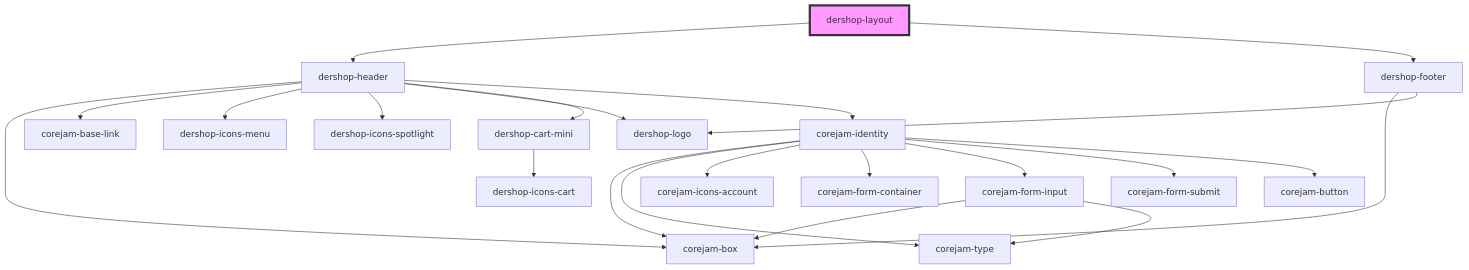
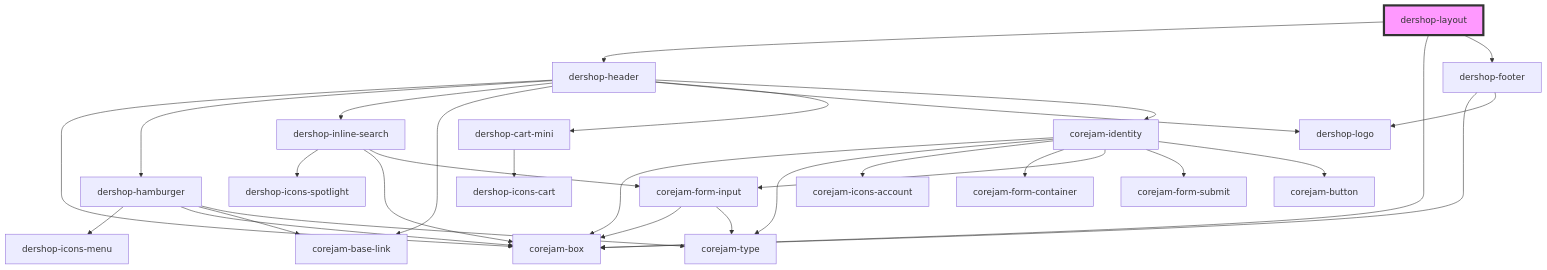
The diagram in packages/plugins/dershop/app/layout/readme.md (corejam/corejam), drawn with Mermaid before and after one commit. The commit also changed other lines of this file and 9 other files, not shown here.

Commit message:
revert graphql

````diff
--- a/packages/plugins/dershop/app/layout/readme.md
+++ b/packages/plugins/dershop/app/layout/readme.md
@@ -16,25 +17,33 @@
 ```mermaid
 graph TD;
   dershop-layout --> dershop-header
+  dershop-layout --> corejam-box
   dershop-layout --> dershop-footer
   dershop-header --> corejam-box
+  dershop-header --> dershop-hamburger
+  dershop-header --> dershop-inline-search
   dershop-header --> corejam-base-link
-  dershop-header --> dershop-icons-menu
-  dershop-header --> dershop-icons-spotlight
   dershop-header --> dershop-logo
   dershop-header --> dershop-cart-mini
   dershop-header --> corejam-identity
+  dershop-hamburger --> dershop-icons-menu
+  dershop-hamburger --> corejam-box
+  dershop-hamburger --> corejam-base-link
+  dershop-hamburger --> corejam-type
+  dershop-inline-search --> dershop-icons-spotlight
+  dershop-inline-search --> corejam-box
+  dershop-inline-search --> corejam-form-input
+  corejam-form-input --> corejam-box
+  corejam-form-input --> corejam-type
   dershop-cart-mini --> dershop-icons-cart
   corejam-identity --> corejam-box
   corejam-identity --> corejam-type
   corejam-identity --> corejam-icons-account
   corejam-identity --> corejam-form-container
   corejam-identity --> corejam-form-input
   corejam-identity --> corejam-form-submit
   corejam-identity --> corejam-button
-  corejam-form-input --> corejam-box
-  corejam-form-input --> corejam-type
   dershop-footer --> corejam-box
   dershop-footer --> dershop-logo
   style dershop-layout fill:#f9f,stroke:#333,stroke-width:4px
 ```
````
